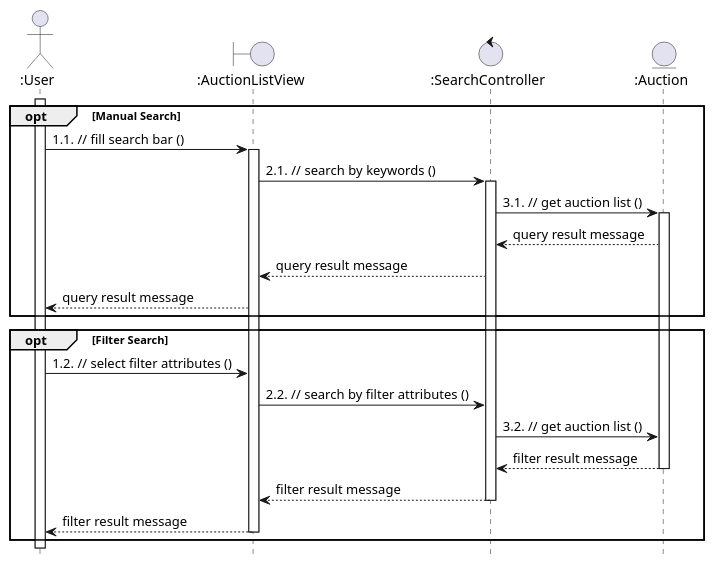
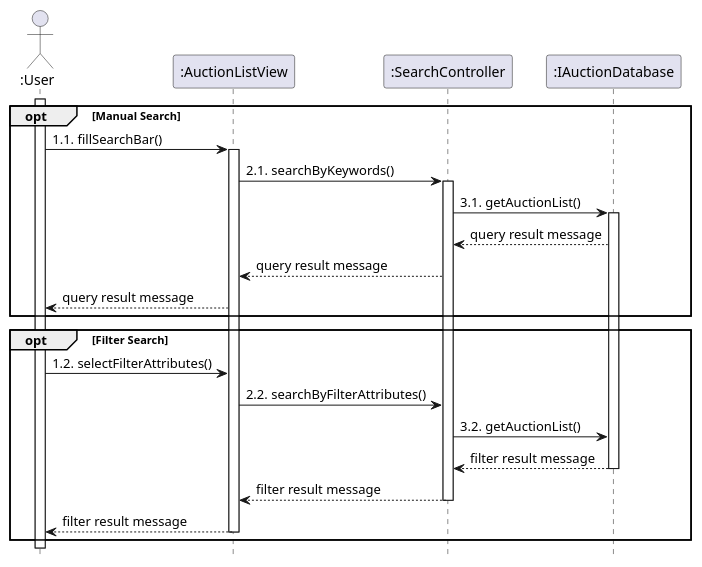
Before and after one commit to anhbanlinhle/velocity-exchange: the diagram in uml/design/sequence/linh/search_for_auction.pu, drawn with PlantUML.

Commit message:
doc[lynn]: base convert vopc no. 6

```diff
--- a/uml/design/sequence/linh/search_for_auction.pu
+++ b/uml/design/sequence/linh/search_for_auction.pu
@@ -1,52 +1,52 @@
 @startuml UC_6
 hide footbox
 
 actor ":User" as User
-boundary ":AuctionListView" as AuctionView
-control ":SearchController" as SearchController
-entity ":Auction" as Auction
+participant ":AuctionListView" as AuctionView
+participant ":SearchController" as SearchController
+participant ":IAuctionDatabase" as Auction
 
 User ++
 opt Manual Search
-    User -> AuctionView: 1.1. // fill search bar ()
+    User -> AuctionView: 1.1. fillSearchBar()
     
     activate AuctionView
-      AuctionView -> SearchController: 2.1. // search by keywords ()
+      AuctionView -> SearchController: 2.1. searchByKeywords()
       
       activate SearchController
-        SearchController -> Auction: 3.1. // get auction list ()
+        SearchController -> Auction: 3.1. getAuctionList()
           
           activate Auction
             Auction --> SearchController: query result message
             
         SearchController --> AuctionView: query result message
         
       AuctionView --> User: query result message
       
 end
 
 opt Filter Search
-  User -> AuctionView: 1.2. // select filter attributes ()
+  User -> AuctionView: 1.2. selectFilterAttributes()
   
   
-      AuctionView -> SearchController: 2.2. // search by filter attributes ()
+      AuctionView -> SearchController: 2.2. searchByFilterAttributes()
       
       
-        SearchController -> Auction: 3.2. // get auction list ()
+        SearchController -> Auction: 3.2. getAuctionList()
           
           
             Auction --> SearchController: filter result message
             
             
           deactivate Auction
         SearchController --> AuctionView: filter result message
         
         
       deactivate SearchController
       AuctionView --> User: filter result message
       
       
     deactivate AuctionView
 end
 
 @enduml
```
